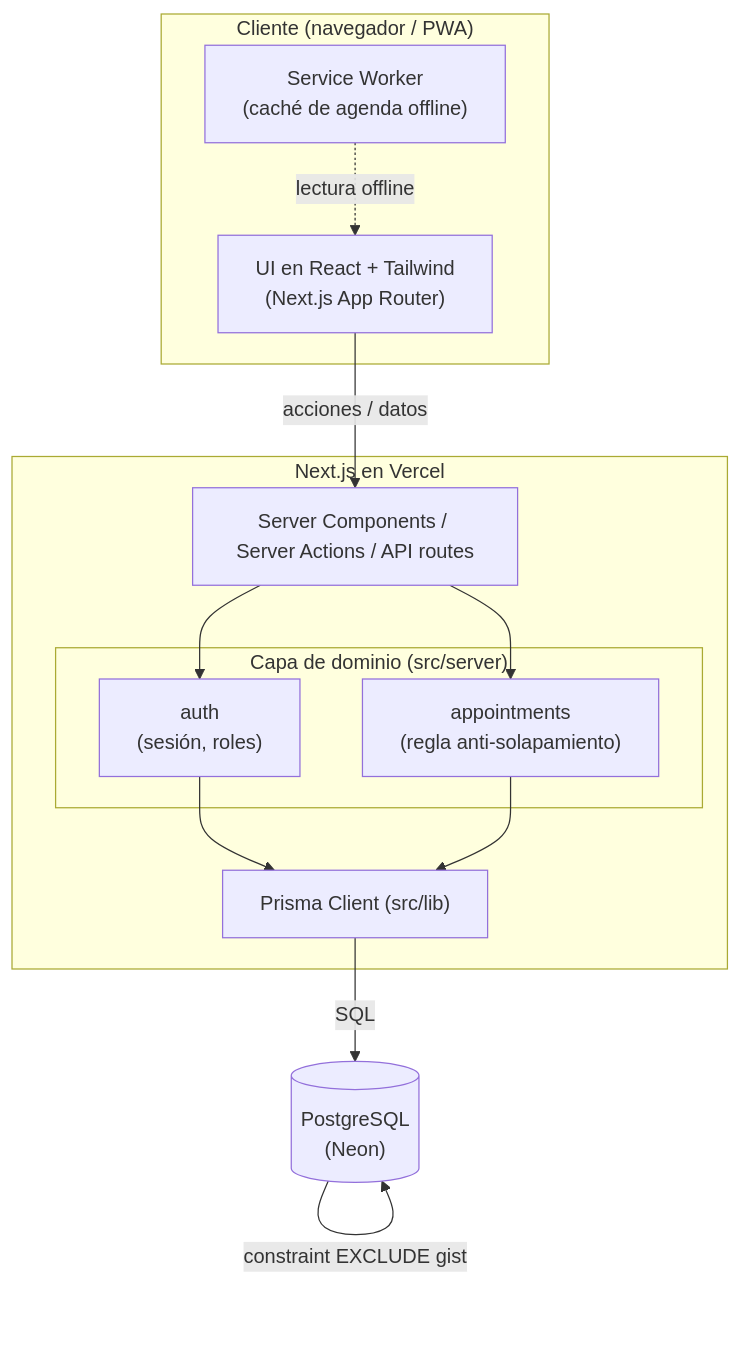
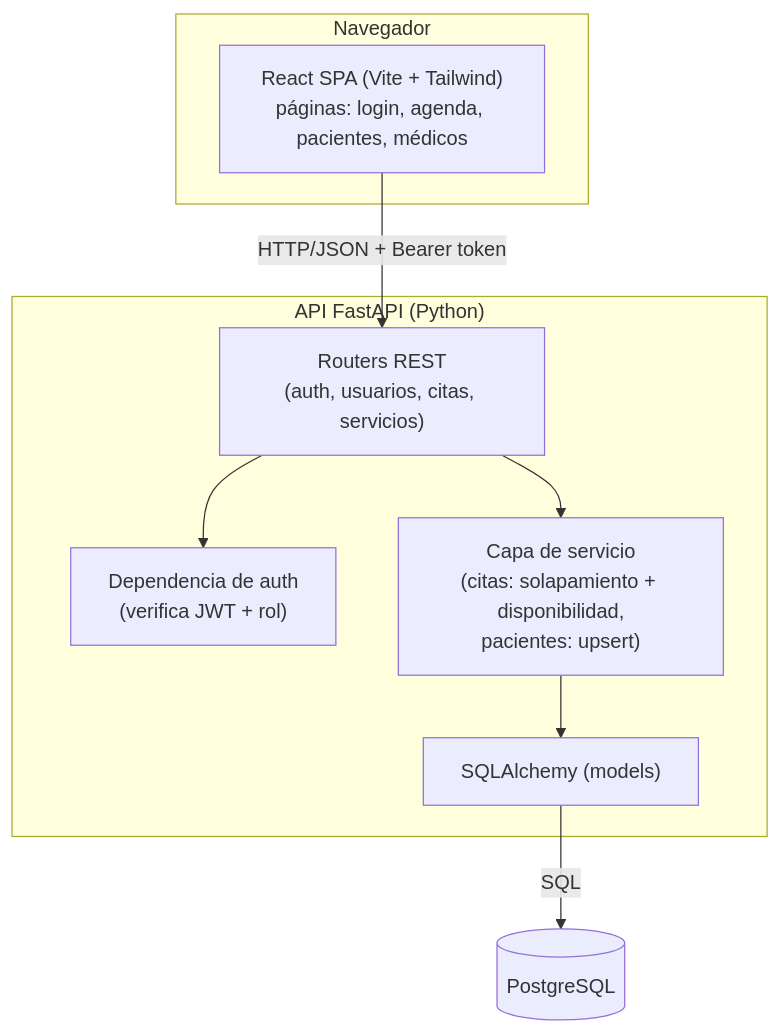
One commit to DhanaCorredor/diagnostico-backend changed the diagram in docs/ARQUITECTURA.md. Above: the diagram before and after it, drawn with Mermaid. The commit also changed other lines of this file and 1 other file, not shown here.

First line of the commit message:
docs(stack): switch stack to React + FastAPI + SQLAlchemy

````diff
--- a/docs/ARQUITECTURA.md
+++ b/docs/ARQUITECTURA.md
@@ -11,27 +16,21 @@
 ```mermaid
 flowchart TD
-    subgraph Cliente["Cliente (navegador / PWA)"]
-        UI["UI en React + Tailwind<br/>(Next.js App Router)"]
-        SW["Service Worker<br/>(caché de agenda offline)"]
+    subgraph Cliente["Navegador"]
+        UI["React SPA (Vite + Tailwind)<br/>páginas: login, agenda, pacientes, médicos"]
     end
 
-    subgraph Servidor["Next.js en Vercel"]
-        RSC["Server Components / Server Actions / API routes"]
-        subgraph Dominio["Capa de dominio (src/server)"]
-            AUTH["auth<br/>(sesión, roles)"]
-            APPT["appointments<br/>(regla anti-solapamiento)"]
-        end
-        PRISMA["Prisma Client (src/lib)"]
+    subgraph Backend["API FastAPI (Python)"]
+        ROUTERS["Routers REST<br/>(auth, usuarios, citas, servicios)"]
+        AUTHDEP["Dependencia de auth<br/>(verifica JWT + rol)"]
+        SERV["Capa de servicio<br/>(citas: solapamiento + disponibilidad,<br/>pacientes: upsert)"]
+        ORM["SQLAlchemy (models)"]
     end
 
-    DB[("PostgreSQL<br/>(Neon)")]
+    DB[("PostgreSQL")]
 
-    UI -->|acciones / datos| RSC
-    SW -.->|lectura offline| UI
-    RSC --> AUTH
-    RSC --> APPT
-    AUTH --> PRISMA
-    APPT --> PRISMA
-    PRISMA -->|SQL| DB
-    DB -->|constraint EXCLUDE gist| DB
+    UI -->|"HTTP/JSON + Bearer token"| ROUTERS
+    ROUTERS --> AUTHDEP
+    ROUTERS --> SERV
+    SERV --> ORM
+    ORM -->|SQL| DB
 ```
````
